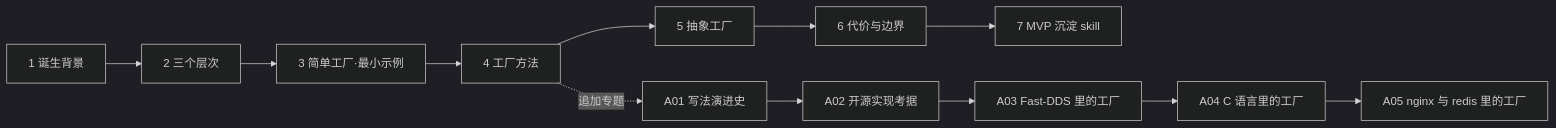
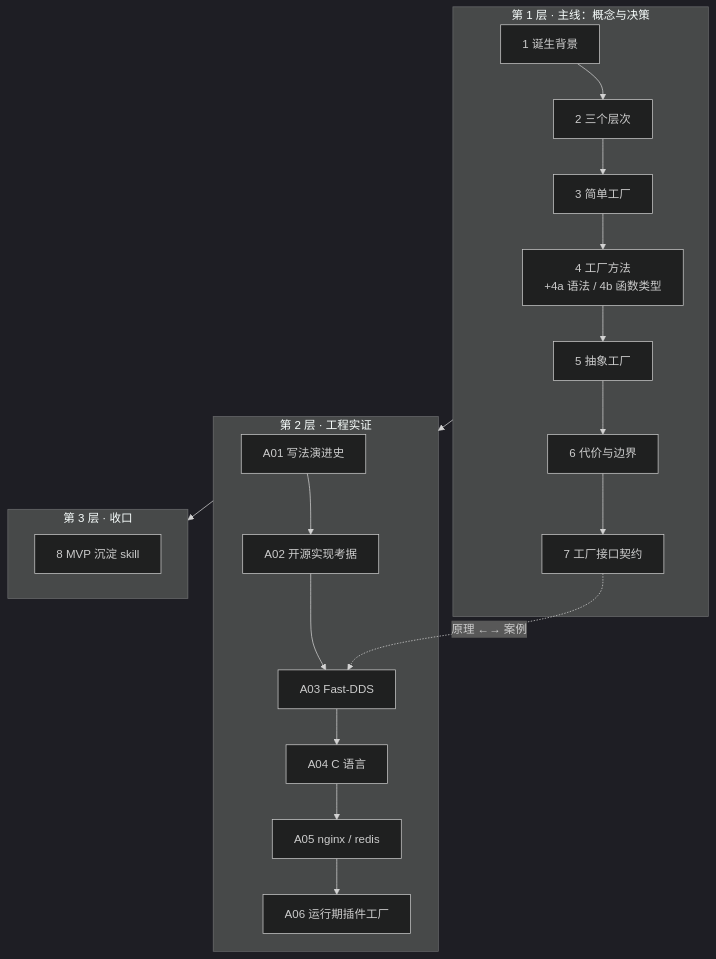
The diagram in factory-pattern/docs/00-讲解计划.md (guang-lee-cn/design-pattern), drawn with Mermaid (dark theme) before and after one commit. The commit also changed other lines of this file and 5 other files, not shown here.

````diff
--- a/factory-pattern/docs/00-讲解计划.md
+++ b/factory-pattern/docs/00-讲解计划.md
@@ -8,14 +9,17 @@
 ```mermaid
-flowchart LR
-    A[1 诞生背景] --> B[2 三个层次]
-    B --> C[3 简单工厂·最小示例]
-    C --> D[4 工厂方法]
-    D --> E[5 抽象工厂]
-    E --> F[6 代价与边界]
-    F --> G[7 MVP 沉淀 skill]
-    D -.追加专题.-> X[A01 写法演进史]
-    X --> Y[A02 开源实现考据]
-    Y --> Z[A03 Fast-DDS 里的工厂]
-    Z --> W[A04 C 语言里的工厂]
-    W --> V[A05 nginx 与 redis 里的工厂]
+flowchart TB
+    subgraph L1["第 1 层 · 主线：概念与决策"]
+        P1["1 诞生背景"] --> P2["2 三个层次"] --> P3["3 简单工厂"]
+        P3 --> P4["4 工厂方法<br/>+4a 语法 / 4b 函数类型"] --> P5["5 抽象工厂"]
+        P5 --> P6["6 代价与边界"] --> P7["7 工厂接口契约"]
+    end
+    subgraph L2["第 2 层 · 工程实证"]
+        A1["A01 写法演进史"] --> A2["A02 开源实现考据"] --> A3["A03 Fast-DDS"]
+        A3 --> A4["A04 C 语言"] --> A5["A05 nginx / redis"] --> A6["A06 运行期插件工厂"]
+    end
+    subgraph L3["第 3 层 · 收口"]
+        M["8 MVP 沉淀 skill"]
+    end
+    L1 --> L2 --> L3
+    P7 -. "原理 ←→ 案例" .-> A3
 ```
````
